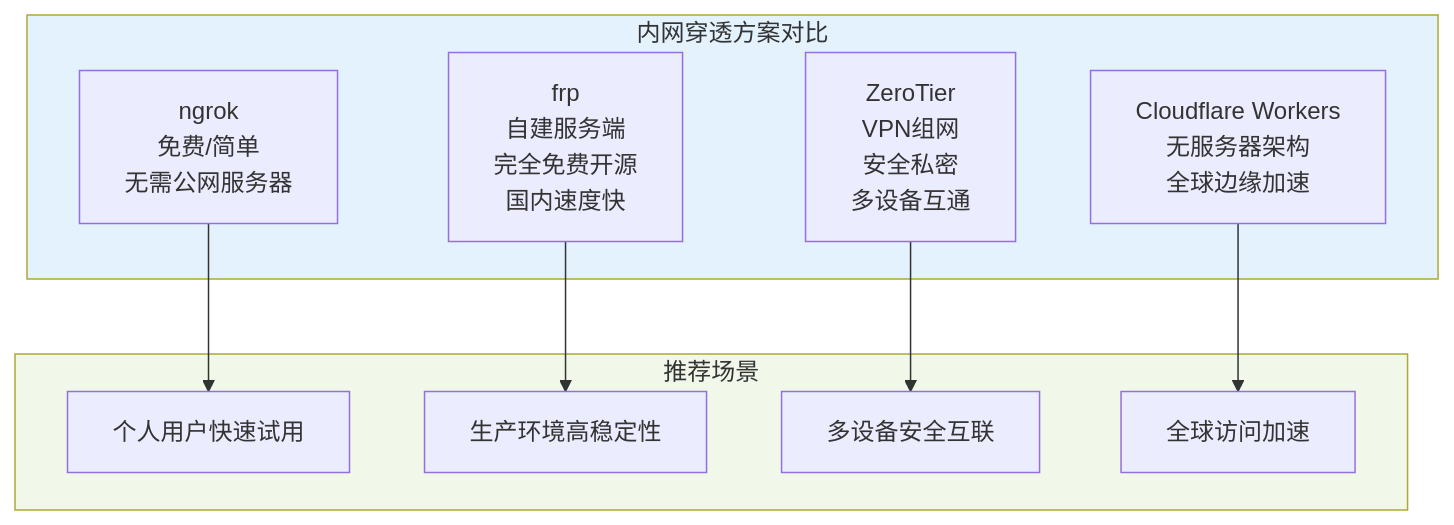
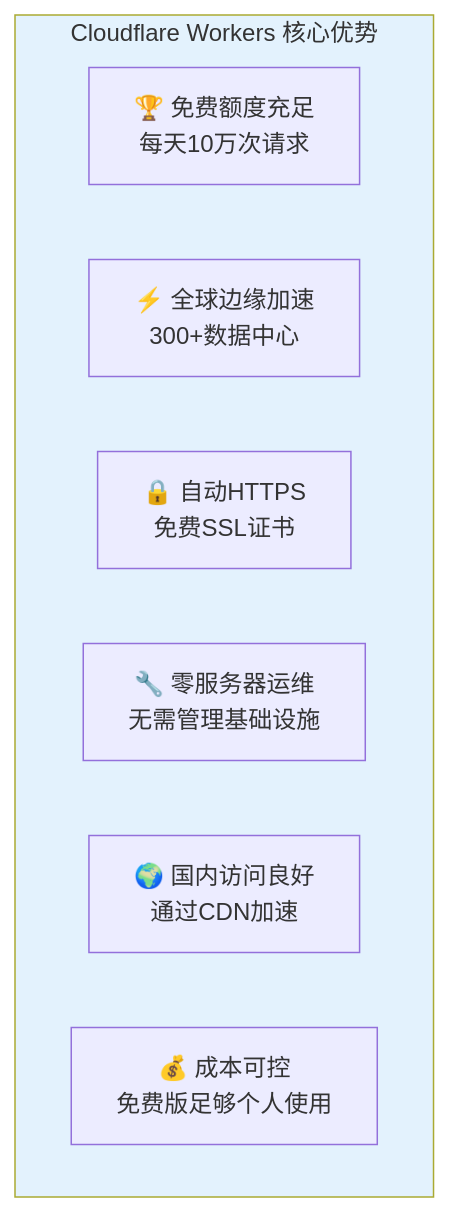
One commit to chujun/aiubuntu1-sh changed diagram 15 of 19 in doc/ai-share/2026-04-24-Hermes Agent 综合分析报告.md. Above: the diagram before and after it, drawn with Mermaid. The commit also changed other lines of this file, not shown here.

````diff
--- a/doc/ai-share/2026-04-24-Hermes Agent 综合分析报告.md
+++ b/doc/ai-share/2026-04-24-Hermes Agent 综合分析报告.md
@@ -723,24 +729,13 @@
 ```mermaid
-flowchart TB
-    subgraph 方案对比["内网穿透方案对比"]
-        NGROK["ngrok<br/>免费/简单<br/>无需公网服务器"]
-        FRP["frp<br/>自建服务端<br/>完全免费开源<br/>国内速度快"]
-        ZT["ZeroTier<br/>VPN组网<br/>安全私密<br/>多设备互通"]
-        CF["Cloudflare Workers<br/>无服务器架构<br/>全球边缘加速"]
+flowchart TD
+    subgraph 核心优势["Cloudflare Workers 核心优势"]
+        G1["🏆 免费额度充足<br/>每天10万次请求"]
+        G2["⚡ 全球边缘加速<br/>300+数据中心"]
+        G3["🔒 自动HTTPS<br/>免费SSL证书"]
+        G4["🔧 零服务器运维<br/>无需管理基础设施"]
+        G5["🌍 国内访问良好<br/>通过CDN加速"]
+        G6["💰 成本可控<br/>免费版足够个人使用"]
     end
 
-    subgraph 适用场景["推荐场景"]
-        S1["个人用户快速试用"]
-        S2["生产环境高稳定性"]
-        S3["多设备安全互联"]
-        S4["全球访问加速"]
-    end
-
-    NGROK --> S1
-    FRP --> S2
-    ZT --> S3
-    CF --> S4
-
-    style 方案对比 fill:#e3f2fd
-    style 适用场景 fill:#f1f8e9
+    style 核心优势 fill:#e3f2fd
 ```
````
